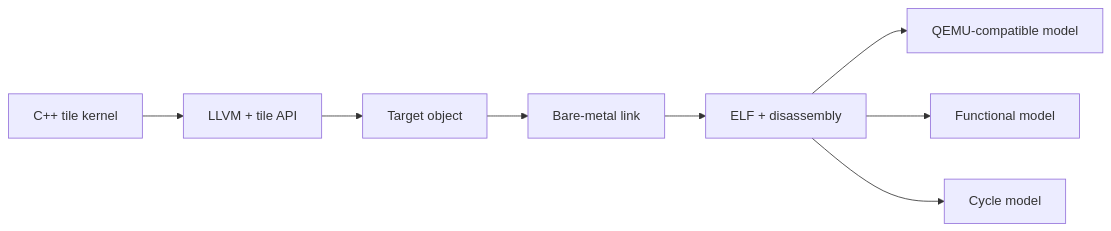
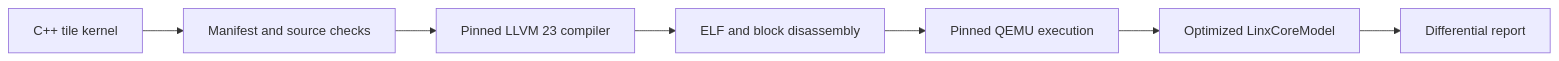
One commit to CCxx00/SuperNPUBench changed the diagram in docs/content/workflow/operator_to_chip_execution_flow.md. Above: the diagram before and after it, drawn with Mermaid. The commit also changed other lines of this file and 175 other files, not shown here.

````diff
--- a/docs/content/workflow/operator_to_chip_execution_flow.md
+++ b/docs/content/workflow/operator_to_chip_execution_flow.md
@@ -7,10 +7,9 @@
 ```mermaid
 flowchart LR
-  A["C++ tile kernel"] --> B["LLVM + tile API"]
-  B --> C["Target object"]
-  C --> D["Bare-metal link"]
-  D --> E["ELF + disassembly"]
-  E --> F["QEMU-compatible model"]
-  E --> G["Functional model"]
-  E --> H["Cycle model"]
+  A["C++ tile kernel"] --> B["Manifest and source checks"]
+  B --> C["Pinned LLVM 23 compiler"]
+  C --> D["ELF and block disassembly"]
+  D --> E["Pinned QEMU execution"]
+  E --> F["Optimized LinxCoreModel"]
+  F --> G["Differential report"]
 ```
````
